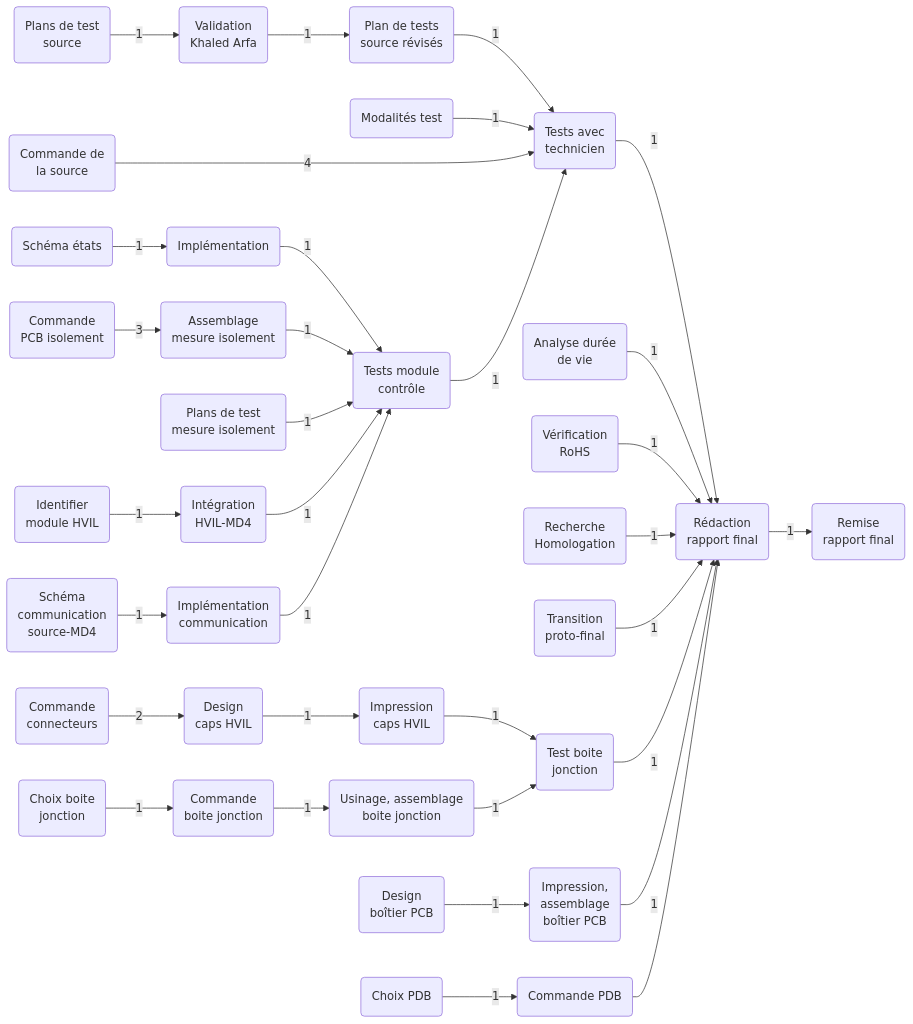
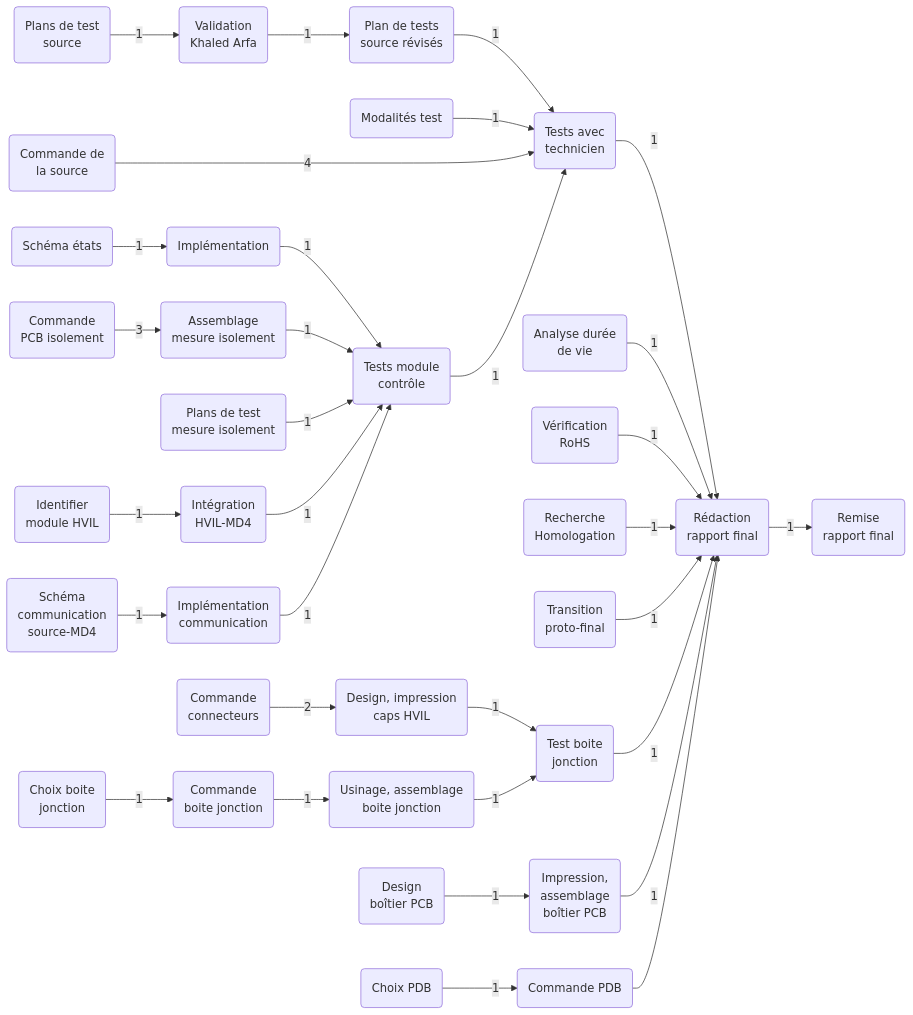
One commit to felax/OUTILLAGE changed the first of 4 diagrams in README.md. Above: the diagram before and after it, drawn with Mermaid.

````diff
--- a/README.md
+++ b/README.md
@@ -2,39 +2,39 @@
 ``` mermaid
 graph LR
     A(Plans de test<br>source) --> |1| B(Validation<br>Khaled Arfa)
     B --> |1| C(Plan de tests <br>source révisés)
     C --> |1| D(Tests avec<br>technicien)
     E(Modalités test) --> |1| D
     F(Commande de <br>la source) ----> |4| D
     D --> |1| G
 
     H(Analyse durée<br>de vie) --> |1| G(Rédaction <br> rapport final)
     I(Vérification<br>RoHS) --> |1| G
     J(Recherche <br> Homologation) --> |1| G
     K(Transition <br> proto-final) --> |1| G
 
     L(Schéma états) --> |1| M(Implémentation)
     M --> |1| N(Tests module <br> contrôle)
     N --> |1| D
     g(Commande <br> PCB isolement) -->|3| O
     O(Assemblage <br> mesure isolement) --> |1| N
     P(Plans de test <br> mesure isolement) --> |1| N
     Q(Identifier <br> module HVIL) --> |1| R(Intégration <br> HVIL-MD4)
     R --> |1| N
     S(Schéma <br> communication <br> source-MD4) --> |1| T(Implémentation <br> communication)
     T --> |1| N
 
-    h(Commande <br> connecteurs) --> |2| U(Design <br> caps HVIL) --> |1| V(Impression <br> caps HVIL)
+    h(Commande <br> connecteurs) --> |2| V(Design, impression <br> caps HVIL)
     V --> |1| Y(Test boite <br> jonction)
     W(Usinage, assemblage <br> boite jonction) --> |1| Y
     e(Choix boite <br>jonction) --> |1| f(Commande <br> boite jonction)
     f --> |1| W
     Y --> |1| G
 
     Z(Design <br> boîtier PCB) --> |1| a(Impression, <br> assemblage <br> boîtier PCB)
     a --> |1| G
     b(Choix PDB) --> |1| c(Commande PDB)
     c --> G
 
     G --> |1| d(Remise <br> rapport final)
 ```
````
